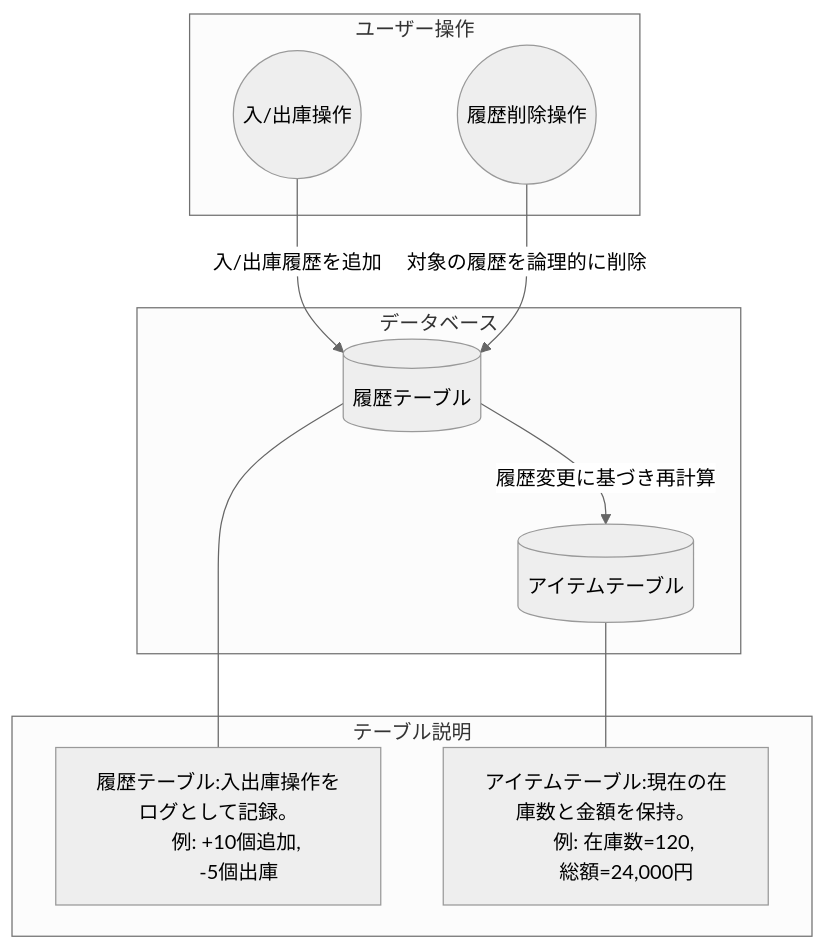
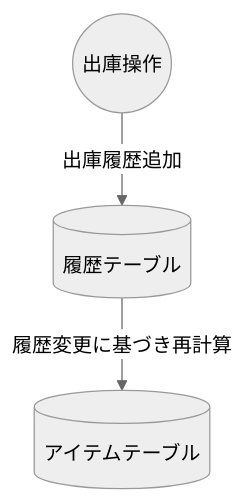
One commit to haya790315/inventory-app changed the eighth of 9 diagrams in app-info/sequence(stocking).md. Above: the diagram before and after it, drawn with Mermaid. The commit also changed other lines of this file, not shown here.

Commit message:
履歴操作のフローチャート更新

````diff
--- a/app-info/sequence(stocking).md
+++ b/app-info/sequence(stocking).md
@@ -175,29 +190,12 @@
-```mermaid
----
-config:
-  theme: neutral
----
-flowchart TD
- subgraph ops["ユーザー操作"]
-        inoutOp(("入/出庫操作"))
-        delOp(("履歴削除操作"))
-  end
- subgraph db["データベース"]
-        record[("履歴テーブル")]
-        item[("アイテムテーブル")]
-  end
- subgraph notes["テーブル説明"]
-        noteRecord["履歴テーブル:入出庫操作をログとして記録。
-        例: +10個追加, 
-        -5個出庫"]
-        noteItem["アイテムテーブル:現在の在庫数と金額を保持。
-        例: 在庫数=120, 
-        総額=24,000円"]
-  end
-    inoutOp -- 入/出庫履歴を追加 --> record
-    delOp -- 対象の履歴を論理的に削除 --> record
-    record -- 履歴変更に基づき再計算 --> item
-    
-    record --- noteRecord
-    item --- noteItem
-```
+  ```mermaid
+  ---
+  config:
+    theme: neutral
+  ---
+  flowchart TD
+          out(("出庫操作"))
+          record[("履歴テーブル")]
+          item[("アイテムテーブル")]
+          out -- 出庫履歴追加 --> record
+          record -- 履歴変更に基づき再計算 --> item
+  ```
````
